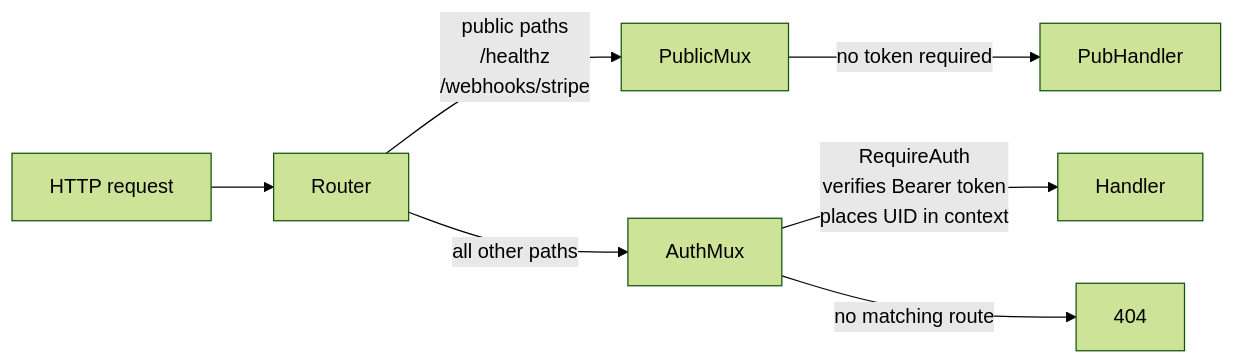
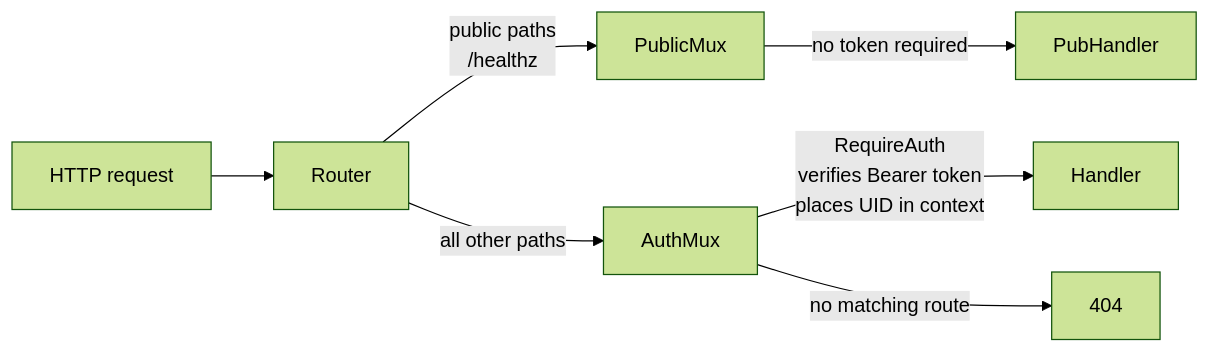
Before and after one commit to mnohe/cvai: the second of 6 diagrams in docs/ARCHITECTURE.md, drawn with Mermaid (forest theme). The commit also changed other lines of this file and 63 other files, not shown here.

````diff
--- a/docs/ARCHITECTURE.md
+++ b/docs/ARCHITECTURE.md
@@ -75,12 +72,12 @@
 ```mermaid
 graph LR
     Req["HTTP request"] --> Router
 
-    Router -->|"public paths\n/healthz\n/webhooks/stripe"| PublicMux
+    Router -->|"public paths\n/healthz"| PublicMux
     Router -->|"all other paths"| AuthMux
 
     AuthMux -->|"RequireAuth\nverifies Bearer token\nplaces UID in context"| Handler
     PublicMux -->|"no token required"| PubHandler
 
     AuthMux -->|"no matching route"| 404
 ```
````
